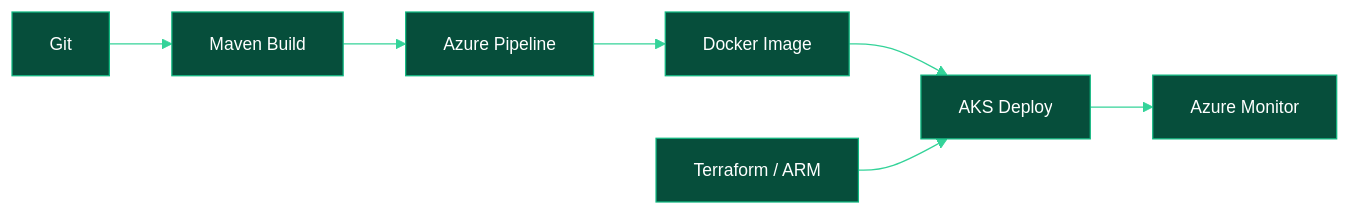
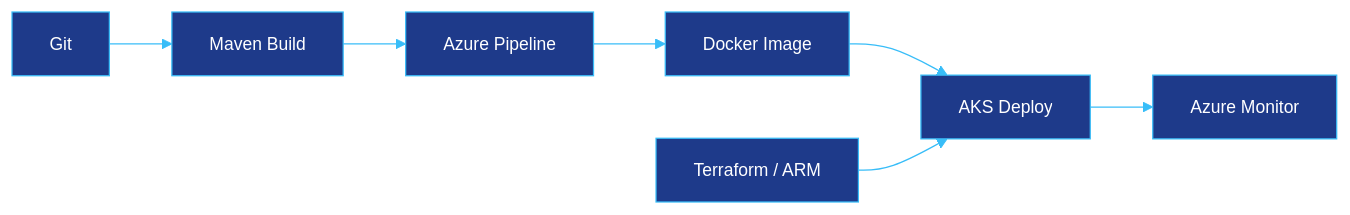
One commit to ravisesham3/ravisesham3 changed the diagram in README.md. Above: the diagram before and after it, drawn with Mermaid. The commit also changed other lines of this file, not shown here.

````diff
--- a/README.md
+++ b/README.md
@@ -102,10 +102,10 @@
 ```mermaid
-%%{init: {'theme':'base','themeVariables':{'primaryColor':'#064E3B','primaryTextColor':'#ffffff','primaryBorderColor':'#10B981','lineColor':'#34D399','fontSize':'14px'}}}%%
+%%{init: {'theme':'base','themeVariables':{'primaryColor':'#1E3A8A','primaryTextColor':'#ffffff','primaryBorderColor':'#38BDF8','lineColor':'#38BDF8','fontSize':'14px'}}}%%
 flowchart LR
     A[Git] --> B[Maven Build]
     B --> C[Azure Pipeline]
     C --> D[Docker Image]
     D --> E[AKS Deploy]
     F[Terraform / ARM] --> E
     E --> G[Azure Monitor]
 ```
````
